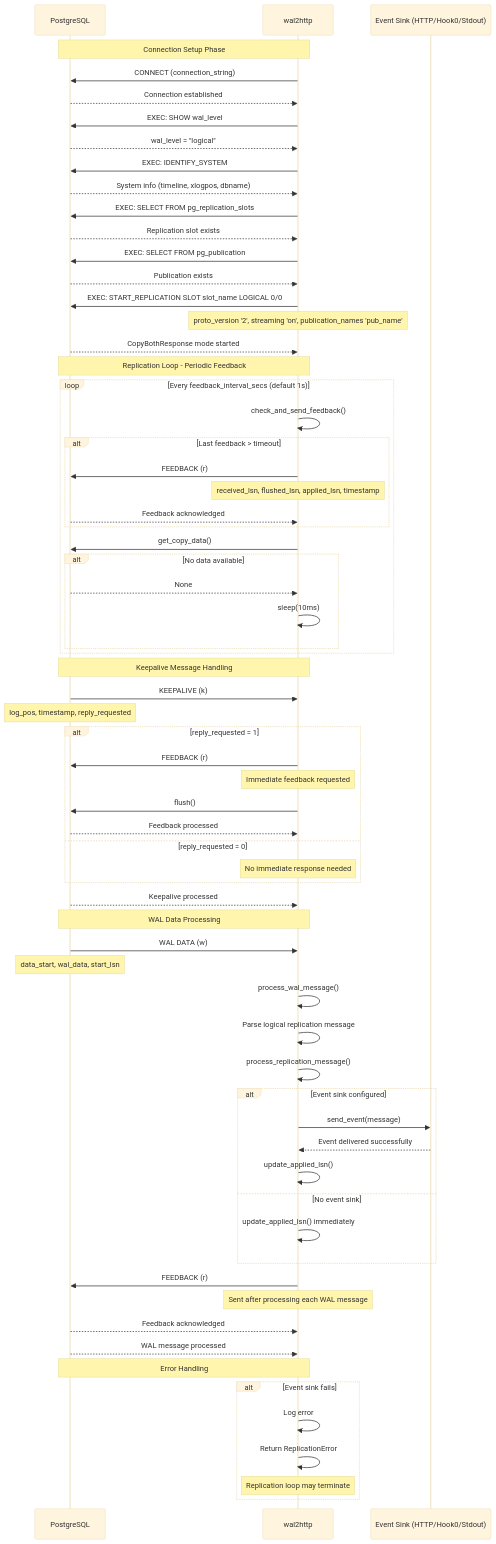
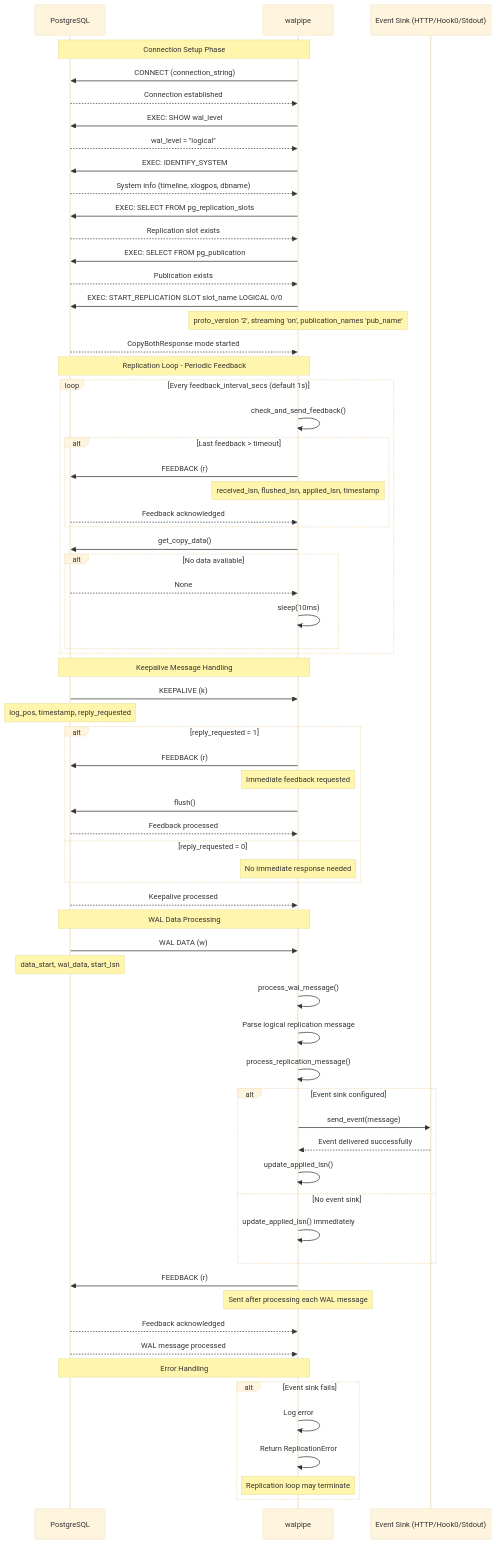
Before and after one commit to curiousitau/wal2http: the diagram in README.md, drawn with Mermaid (base theme). The commit also changed other lines of this file and 14 other files, not shown here.

Commit message:
refactor: rename wal2http to walpipe

````diff
--- a/README.md
+++ b/README.md
@@ -222,7 +222,7 @@
 ```mermaid
 sequenceDiagram
     participant PG as PostgreSQL
-    participant WAL2 as wal2http
+    participant WAL2 as walpipe
     participant SINK as Event Sink (HTTP/Hook0/Stdout)
 
     Note over PG,WAL2: Connection Setup Phase
````
